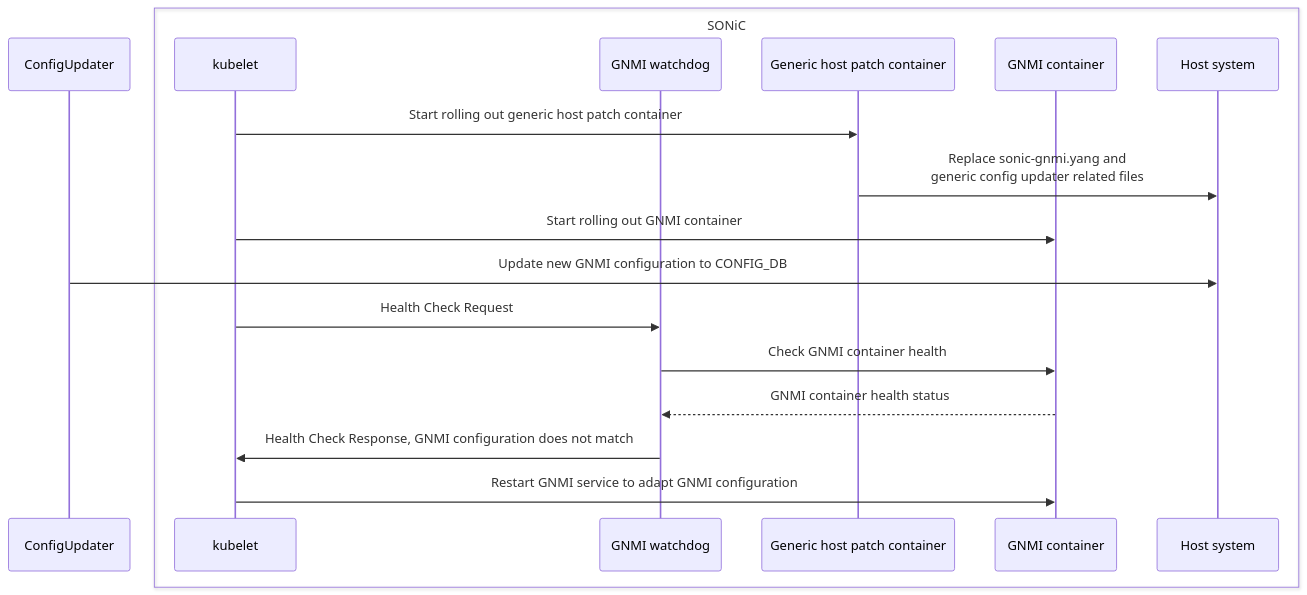
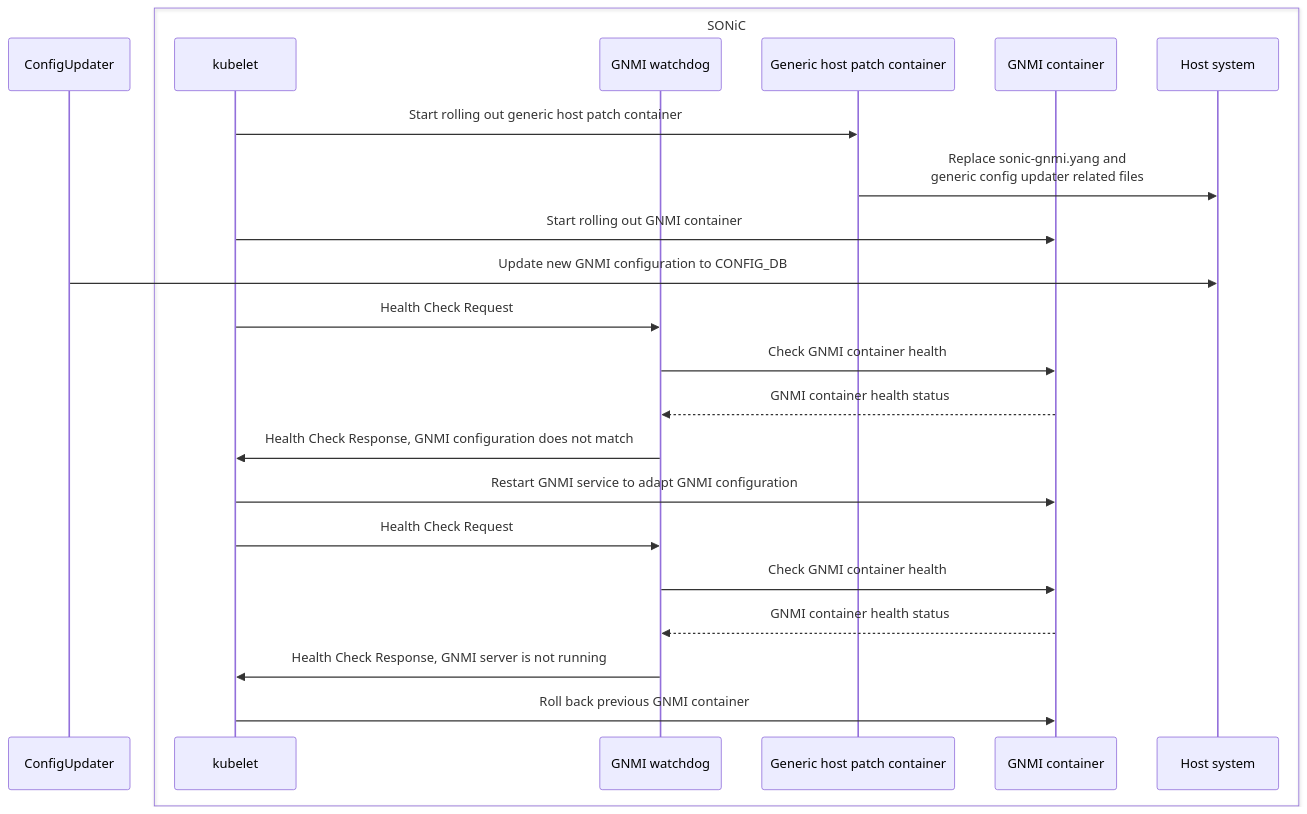
The diagram in gnmi_upgrade.md (ganglyu/mermaid), drawn with Mermaid before and after one commit.

````diff
--- a/gnmi_upgrade.md
+++ b/gnmi_upgrade.md
@@ -1,20 +1,25 @@
 ```mermaid
 sequenceDiagram
     participant ConfigUpdater
     box SONiC
         participant kubelet
         participant GNMI watchdog
         participant Generic host patch container
         participant GNMI container
         participant Host system
     end
     kubelet->>Generic host patch container: Start rolling out generic host patch container
     Generic host patch container->>Host system: Replace sonic-gnmi.yang and <br>generic config updater related files
     kubelet->>GNMI container: Start rolling out GNMI container
     ConfigUpdater->>Host system: Update new GNMI configuration to CONFIG_DB
     kubelet->>GNMI watchdog: Health Check Request
     GNMI watchdog->>GNMI container: Check GNMI container health
     GNMI container-->>GNMI watchdog: GNMI container health status
     GNMI watchdog->>kubelet: Health Check Response, GNMI configuration does not match
     kubelet->>GNMI container: Restart GNMI service to adapt GNMI configuration
+    kubelet->>GNMI watchdog: Health Check Request
+    GNMI watchdog->>GNMI container: Check GNMI container health
+    GNMI container-->>GNMI watchdog: GNMI container health status
+    GNMI watchdog->>kubelet: Health Check Response, GNMI server is not running
+    kubelet->>GNMI container: Roll back previous GNMI container
 ```
````
